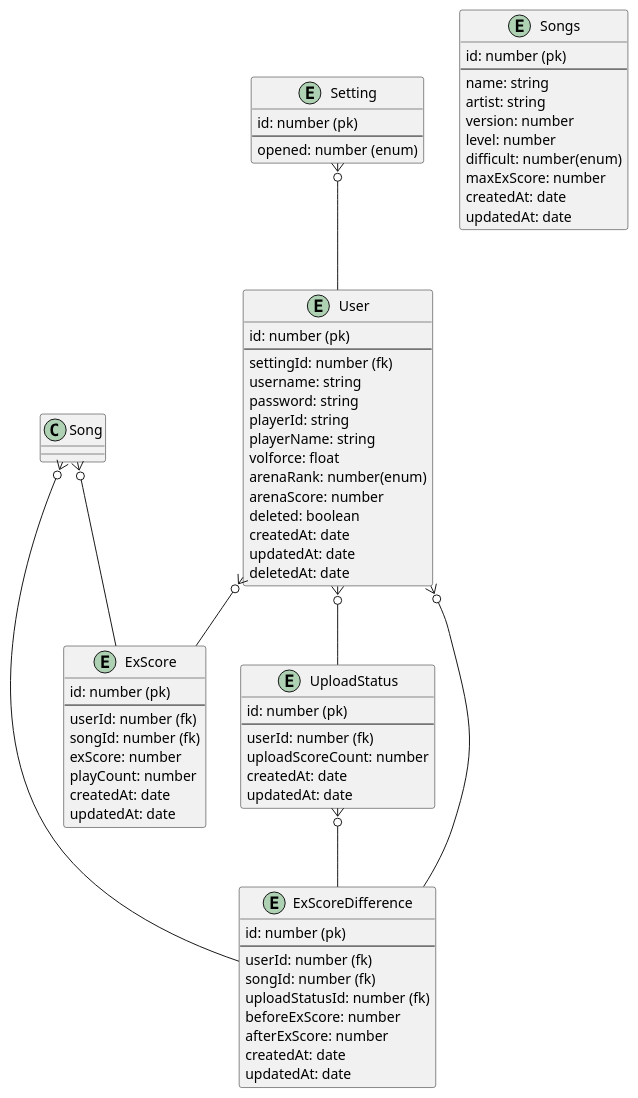
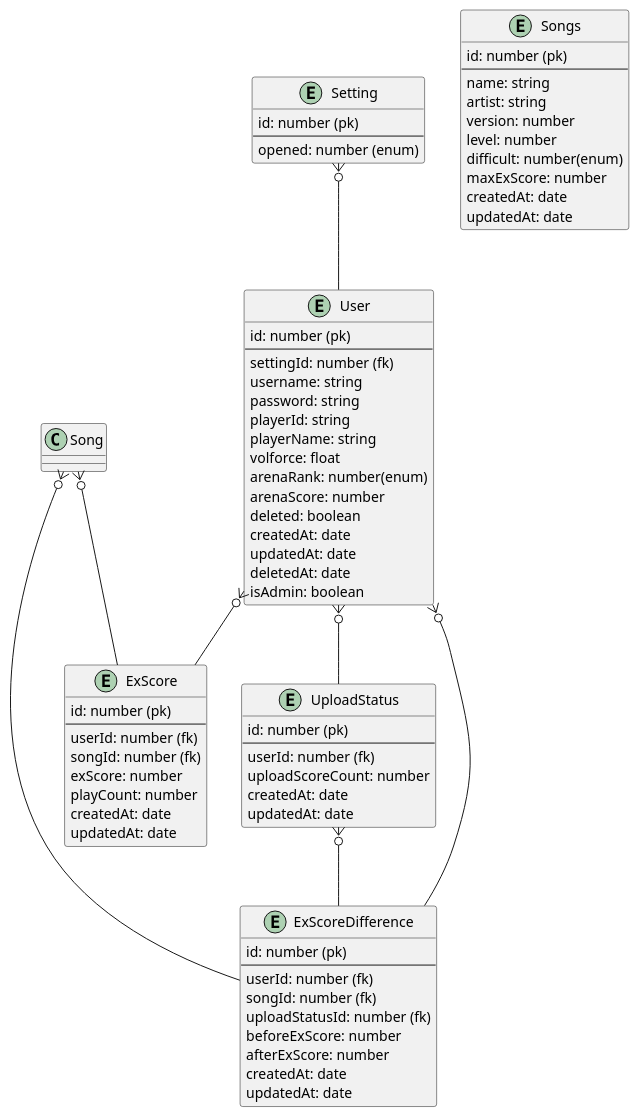
One commit to saezurucrow/sdvx-est changed the diagram in design/dbDchema.pu. Above: the diagram before and after it, drawn with PlantUML. The commit also changed 2 other files, not shown here.

```diff
--- a/design/dbDchema.pu
+++ b/design/dbDchema.pu
@@ -1,86 +1,87 @@
 @startuml sdvxest
 
 entity User {
   id: number (pk)
   --
   settingId: number (fk)
   username: string
   password: string
   playerId: string
   playerName: string
   volforce: float
   arenaRank: number(enum)
   arenaScore: number
   deleted: boolean
   createdAt: date
   updatedAt: date
   deletedAt: date
+  isAdmin: boolean
 }
 ' (op)rivalData
 
 entity Songs {
   id: number (pk)
   --
   name: string
   artist: string
   version: number
   level: number
   difficult: number(enum)
   maxExScore: number
   createdAt: date
   updatedAt: date
 }
 ' (op) bpm(min - max)
 
 entity ExScore {
   id: number (pk)
   --
   userId: number (fk)
   songId: number (fk)
   exScore: number
   playCount: number
   createdAt: date
   updatedAt: date
 }
 
 ' アップロード状況
 entity UploadStatus {
   id: number (pk)
   --
   userId: number (fk)
   uploadScoreCount: number
   createdAt: date
   updatedAt: date
 }
 
 ' 差分
 entity ExScoreDifference {
   id: number (pk)
   --
   userId: number (fk)
   songId: number (fk)
   uploadStatusId: number (fk)
   beforeExScore: number
   afterExScore: number
   createdAt: date
   updatedAt: date
 }
 
 ' 公開設定
 entity Setting {
   id: number (pk)
   --
   opened: number (enum)
 }
 
 Setting }o-- User
 User }o-- UploadStatus
 User }o-- ExScore
 User }o-- ExScoreDifference
 
 Song }o-- ExScore
 Song }o-- ExScoreDifference
 
 UploadStatus }o-- ExScoreDifference
 
 @enduml
```
